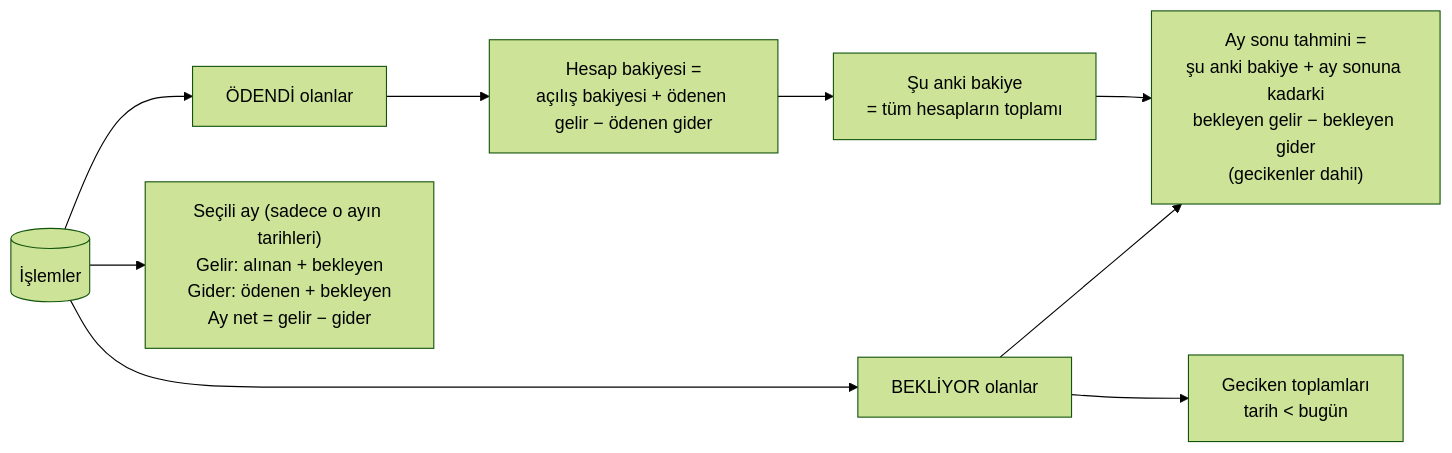
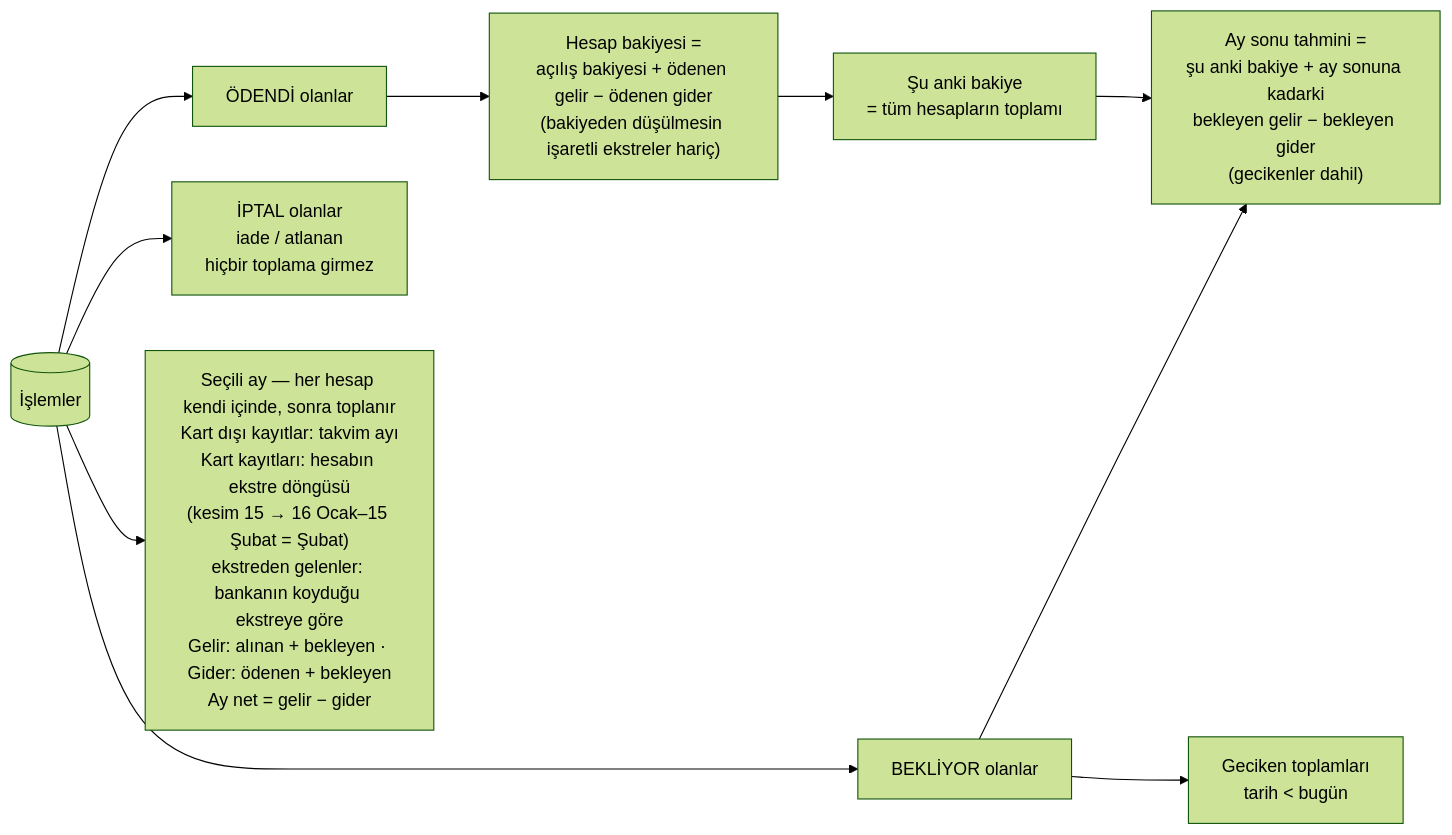
One commit to anilcelik0/saving changed the sixth of 9 diagrams in docs/FLOW.md. Above: the diagram before and after it, drawn with Mermaid (forest theme). The commit also changed other lines of this file and 22 other files, not shown here.

````diff
--- a/docs/FLOW.md
+++ b/docs/FLOW.md
@@ -158,14 +158,15 @@
 ```mermaid
 flowchart LR
     T[(İşlemler)] --> P[ÖDENDİ olanlar]
     T --> W[BEKLİYOR olanlar]
+    T --> X[İPTAL olanlar<br/>iade / atlanan<br/>hiçbir toplama girmez]
 
-    P --> BAL["Hesap bakiyesi =<br/>açılış bakiyesi + ödenen gelir − ödenen gider"]
+    P --> BAL["Hesap bakiyesi =<br/>açılış bakiyesi + ödenen gelir − ödenen gider<br/>(bakiyeden düşülmesin işaretli ekstreler hariç)"]
     BAL --> NOW[Şu anki bakiye<br/>= tüm hesapların toplamı]
 
-    T --> MONTH["Seçili ay (sadece o ayın tarihleri)<br/>Gelir: alınan + bekleyen<br/>Gider: ödenen + bekleyen<br/>Ay net = gelir − gider"]
+    T --> MONTH["Seçili ay — her hesap kendi içinde, sonra toplanır<br/>Kart dışı kayıtlar: takvim ayı<br/>Kart kayıtları: hesabın ekstre döngüsü<br/>(kesim 15 → 16 Ocak–15 Şubat = Şubat)<br/>ekstreden gelenler: bankanın koyduğu ekstreye göre<br/>Gelir: alınan + bekleyen · Gider: ödenen + bekleyen<br/>Ay net = gelir − gider"]
 
     NOW --> PROJ["Ay sonu tahmini =<br/>şu anki bakiye + ay sonuna kadarki<br/>bekleyen gelir − bekleyen gider<br/>(gecikenler dahil)"]
     W --> PROJ
     W --> OVR[Geciken toplamları<br/>tarih < bugün]
 ```
````
